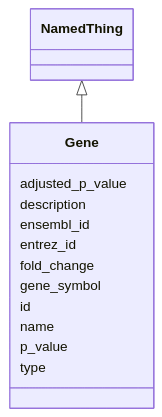
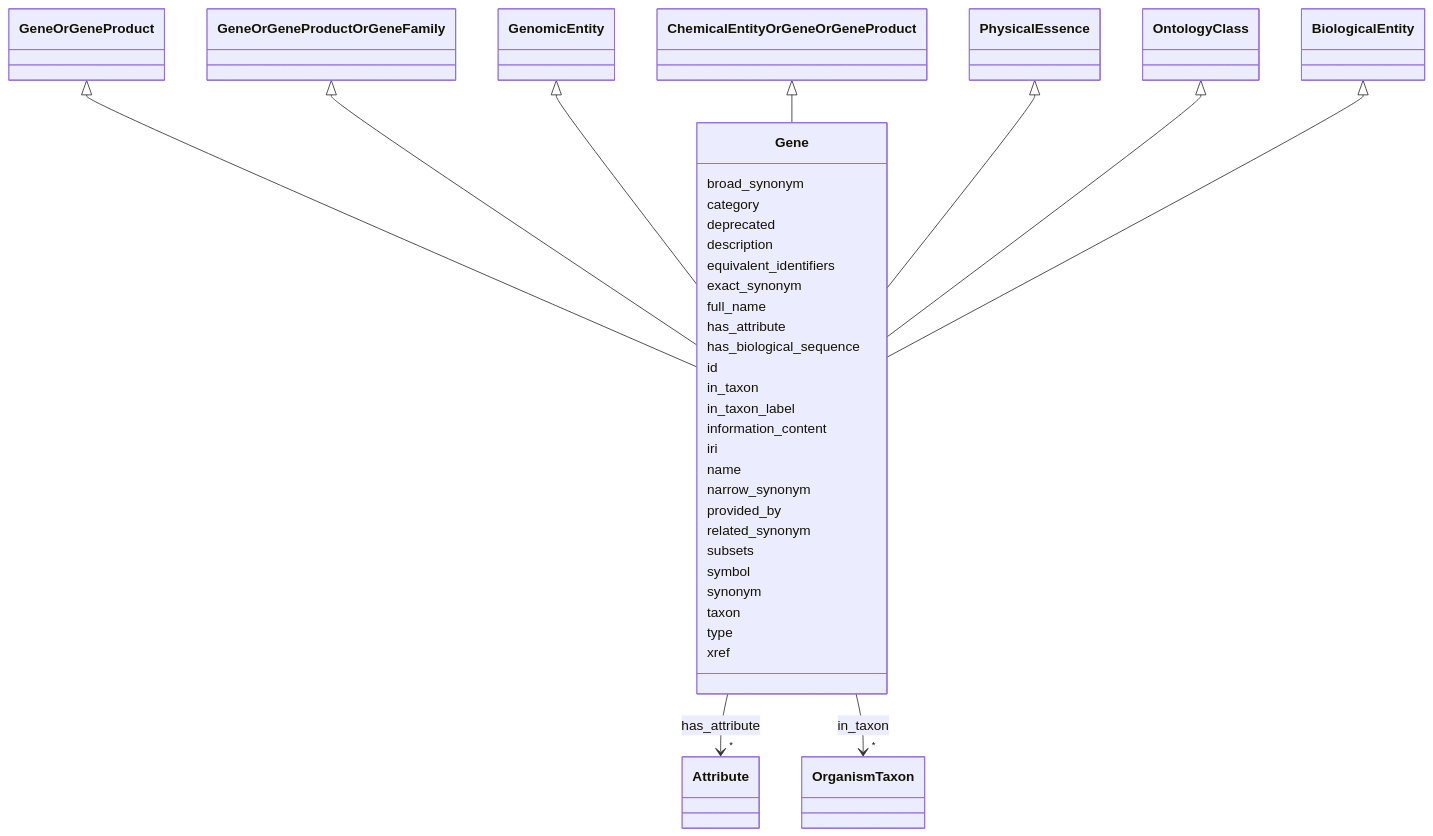
The diagram in docs/elements/Gene.md (monarch-initiative/namo), drawn with Mermaid before and after one commit. The commit also changed other lines of this file and 1232 other files, not shown here.

````diff
--- a/docs/elements/Gene.md
+++ b/docs/elements/Gene.md
@@ -19,28 +24,86 @@
  classDiagram
     class Gene
     click Gene href "../Gene/"
-      NamedThing <|-- Gene
-        click NamedThing href "../NamedThing/"
+      GeneOrGeneProduct <|-- Gene
+        click GeneOrGeneProduct href "../GeneOrGeneProduct/"
+      GeneOrGeneProductOrGeneFamily <|-- Gene
+        click GeneOrGeneProductOrGeneFamily href "../GeneOrGeneProductOrGeneFamily/"
+      GenomicEntity <|-- Gene
+        click GenomicEntity href "../GenomicEntity/"
+      ChemicalEntityOrGeneOrGeneProduct <|-- Gene
+        click ChemicalEntityOrGeneOrGeneProduct href "../ChemicalEntityOrGeneOrGeneProduct/"
+      PhysicalEssence <|-- Gene
+        click PhysicalEssence href "../PhysicalEssence/"
+      OntologyClass <|-- Gene
+        click OntologyClass href "../OntologyClass/"
+      BiologicalEntity <|-- Gene
+        click BiologicalEntity href "../BiologicalEntity/"
       
-      Gene : adjusted_p_value
+      Gene : broad_synonym
+        
+      Gene : category
+        
+      Gene : deprecated
         
       Gene : description
         
-      Gene : ensembl_id
+      Gene : equivalent_identifiers
         
-      Gene : entrez_id
+      Gene : exact_synonym
         
-      Gene : fold_change
+      Gene : full_name
         
-      Gene : gene_symbol
+      Gene : has_attribute
+        
+          
+    
+        
+        
+        Gene --> "*" Attribute : has_attribute
+        click Attribute href "../Attribute/"
+    
+
+        
+      Gene : has_biological_sequence
         
       Gene : id
         
+      Gene : in_taxon
+        
+          
+    
+        
+        
+        Gene --> "*" OrganismTaxon : in_taxon
+        click OrganismTaxon href "../OrganismTaxon/"
+    
+
+        
+      Gene : in_taxon_label
+        
+      Gene : information_content
+        
+      Gene : iri
+        
       Gene : name
         
-      Gene : p_value
+      Gene : narrow_synonym
+        
+      Gene : provided_by
+        
+      Gene : related_synonym
+        
+      Gene : subsets
+        
+      Gene : symbol
+        
+      Gene : synonym
+        
+      Gene : taxon
         
       Gene : type
         
+      Gene : xref
+        
       
 ```
````
